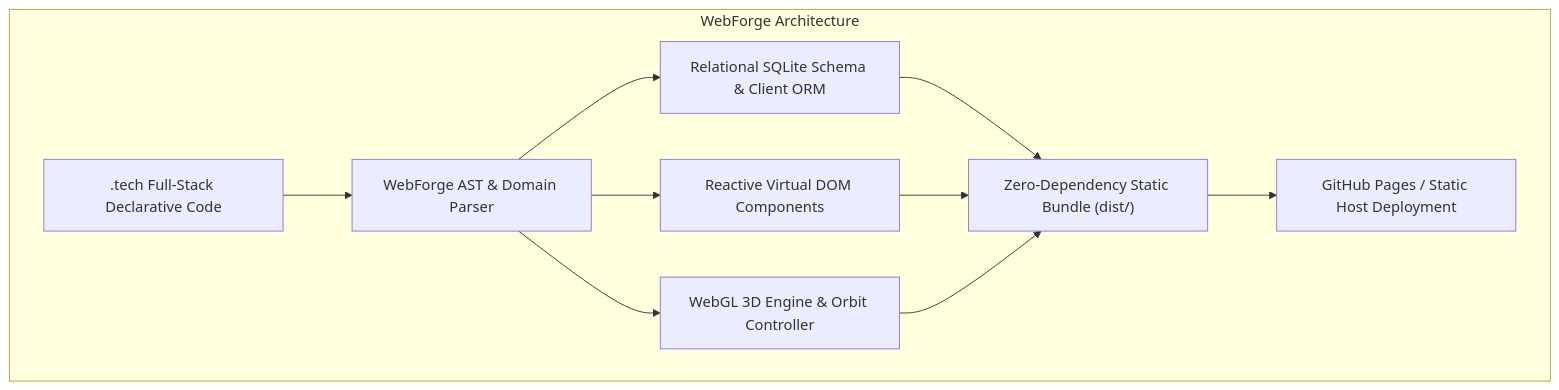
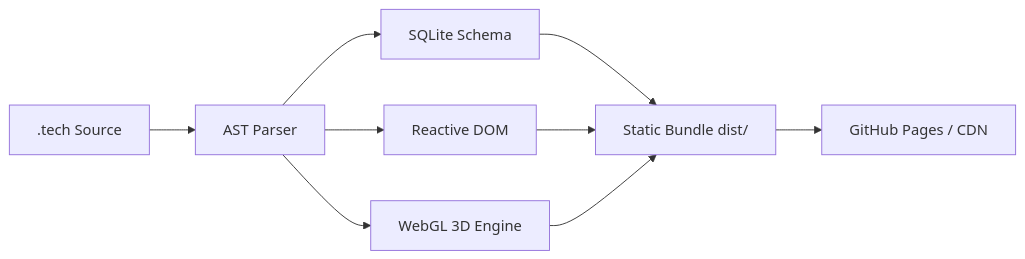
Before and after one commit to Tcode-Motion/techscript: the second of 5 diagrams in README.md, drawn with Mermaid. The commit also changed other lines of this file and 3 other files, not shown here.

````diff
--- a/README.md
+++ b/README.md
@@ -260,13 +249,9 @@
 ```mermaid
-graph TD
-    subgraph WebForge_Pipeline["WebForge Architecture"]
-        CODE[".tech Full-Stack Declarative Code"] --> PARSER["WebForge AST & Domain Parser"]
-        PARSER --> DB["Relational SQLite Schema & Client ORM"]
-        PARSER --> UI["Reactive Virtual DOM Components"]
-        PARSER --> SCENE["WebGL 3D Engine & Orbit Controller"]
-        DB --> BUNDLE["Zero-Dependency Static Bundle (dist/)"]
-        UI --> BUNDLE
-        SCENE --> BUNDLE
-        BUNDLE --> DEPLOY["GitHub Pages / Static Host Deployment"]
-    end
+flowchart LR
+    A[".tech Source"] --> B["AST Parser"]
+    B --> C["SQLite Schema"]
+    B --> D["Reactive DOM"]
+    B --> E["WebGL 3D Engine"]
+    C & D & E --> F["Static Bundle dist/"]
+    F --> G["GitHub Pages / CDN"]
 ```
````
